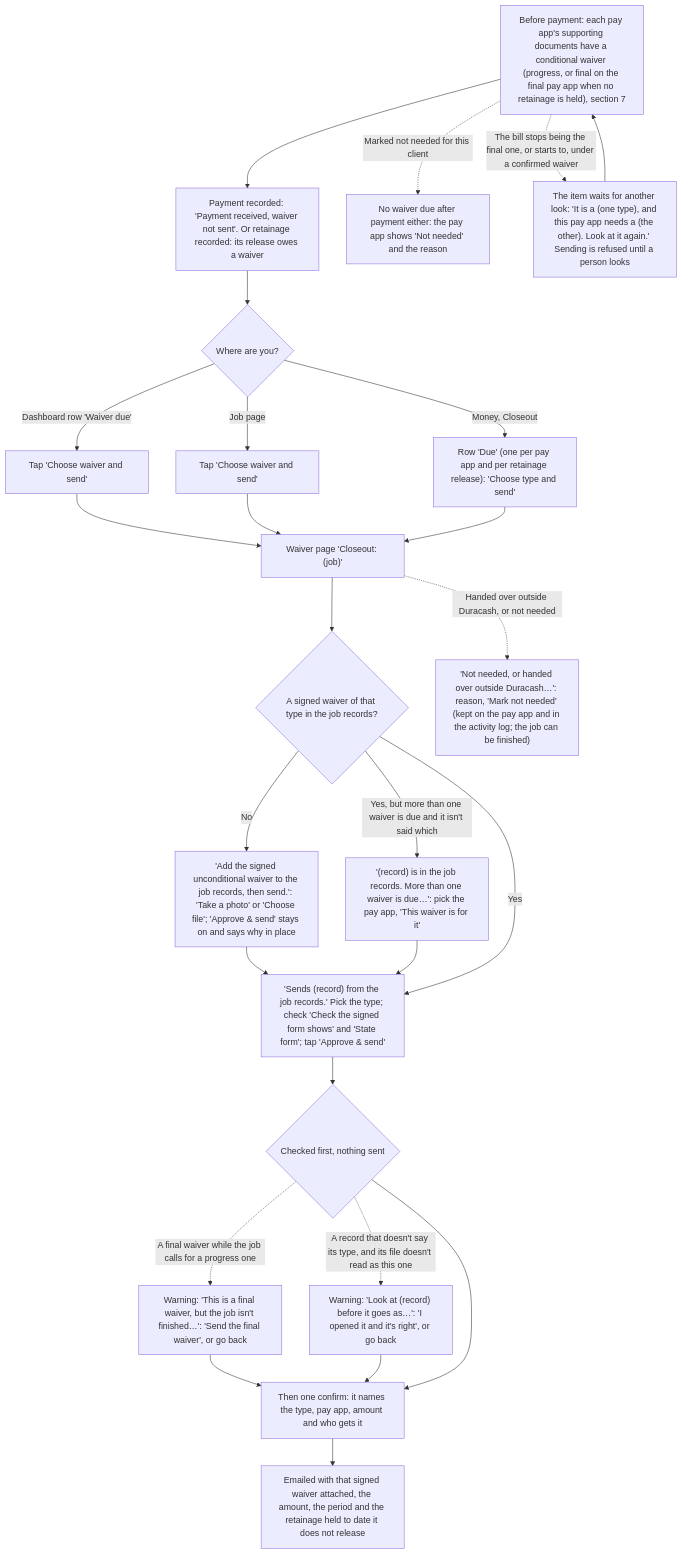
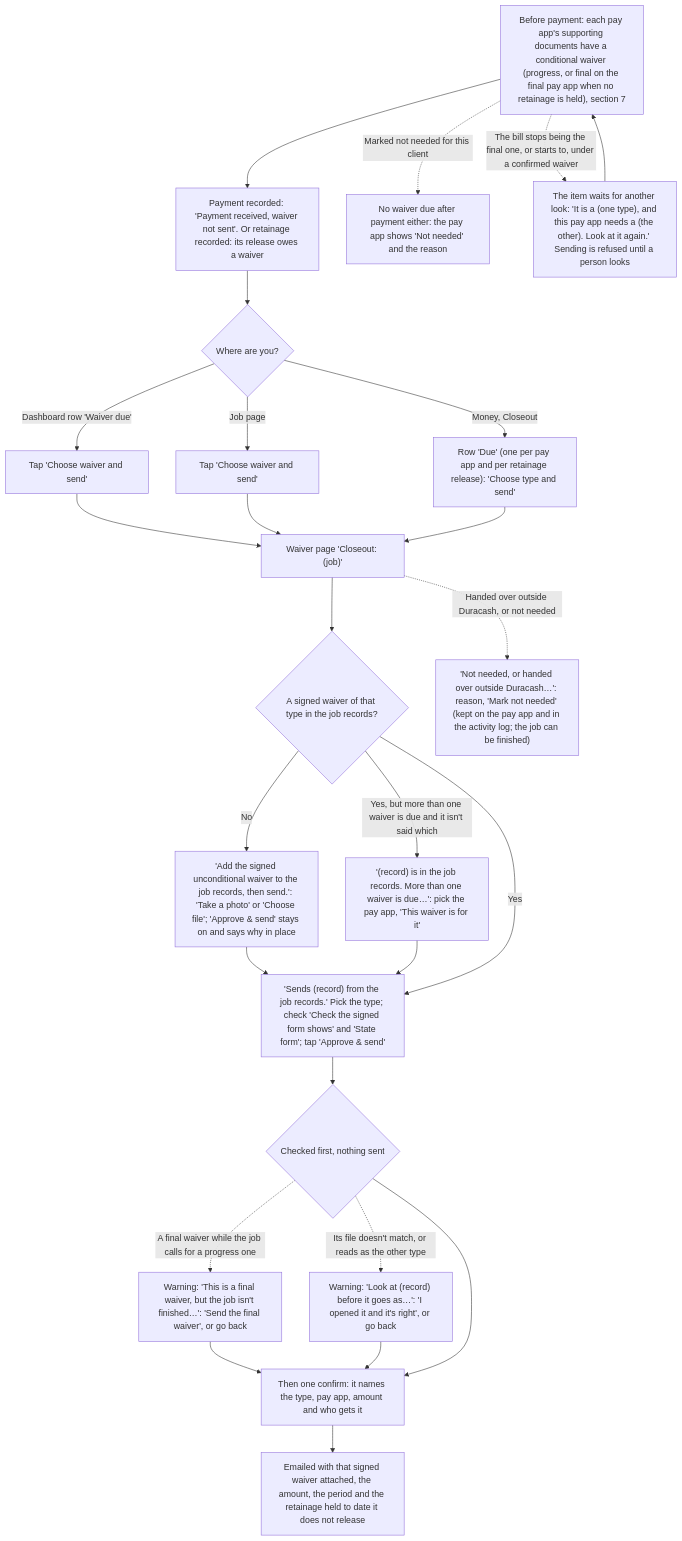
One commit to cartwrightstephen/billdable changed diagram 11 of 18 in docs/client-flows.md. Above: the diagram before and after it, drawn with Mermaid. The commit also changed other lines of this file, not shown here.

First line of the commit message:
client-flows.md: which waiver a file is, is the person's answer; the Round 1 hunt's last fixes

````diff
--- a/docs/client-flows.md
+++ b/docs/client-flows.md
@@ -531,28 +536,28 @@
 ```mermaid
 flowchart TD
     A0["Before payment: each pay app's supporting documents have a conditional waiver (progress, or final on the final pay app when no retainage is held), section 7"] --> A
     A0 -.->|"Marked not needed for this client"| AN["No waiver due after payment either: the pay app shows 'Not needed' and the reason"]
     A0 -.->|"The bill stops being the final one, or starts to, under a confirmed waiver"| FL["The item waits for another look: 'It is a (one type), and this pay app needs a (the other). Look at it again.' Sending is refused until a person looks"]
     FL --> A0
     A["Payment recorded: 'Payment received, waiver not sent'. Or retainage recorded: its release owes a waiver"] --> B{"Where are you?"}
     B -->|"Dashboard row 'Waiver due'"| C["Tap 'Choose waiver and send'"]
     B -->|"Job page"| C2["Tap 'Choose waiver and send'"]
     B -->|"Money, Closeout"| C3["Row 'Due' (one per pay app and per retainage release): 'Choose type and send'"]
     C --> D["Waiver page 'Closeout: (job)'"]
     C2 --> D
     C3 --> D
     D --> E{"A signed waiver of that type in the job records?"}
     E -->|"No"| E1["'Add the signed unconditional waiver to the job records, then send.': 'Take a photo' or 'Choose file'; 'Approve & send' stays on and says why in place"]
     E1 --> F
     E -->|"Yes, but more than one waiver is due and it isn't said which"| EW["'(record) is in the job records. More than one waiver is due…': pick the pay app, 'This waiver is for it'"]
     EW --> F
     E -->|"Yes"| F["'Sends (record) from the job records.' Pick the type; check 'Check the signed form shows' and 'State form'; tap 'Approve & send'"]
     D -.->|"Handed over outside Duracash, or not needed"| NN["'Not needed, or handed over outside Duracash…': reason, 'Mark not needed' (kept on the pay app and in the activity log; the job can be finished)"]
     F --> GC{"Checked first, nothing sent"}
     GC -.->|"A final waiver while the job calls for a progress one"| GF["Warning: 'This is a final waiver, but the job isn't finished…': 'Send the final waiver', or go back"]
-    GC -.->|"A record that doesn't say its type, and its file doesn't read as this one"| GL["Warning: 'Look at (record) before it goes as…': 'I opened it and it's right', or go back"]
+    GC -.->|"Its file doesn't match, or reads as the other type"| GL["Warning: 'Look at (record) before it goes as…': 'I opened it and it's right', or go back"]
     GF --> G
     GL --> G
     GC --> G["Then one confirm: it names the type, pay app, amount and who gets it"]
     G --> I["Emailed with that signed waiver attached, the amount, the period and the retainage held to date it does not release"]
 ```
````
